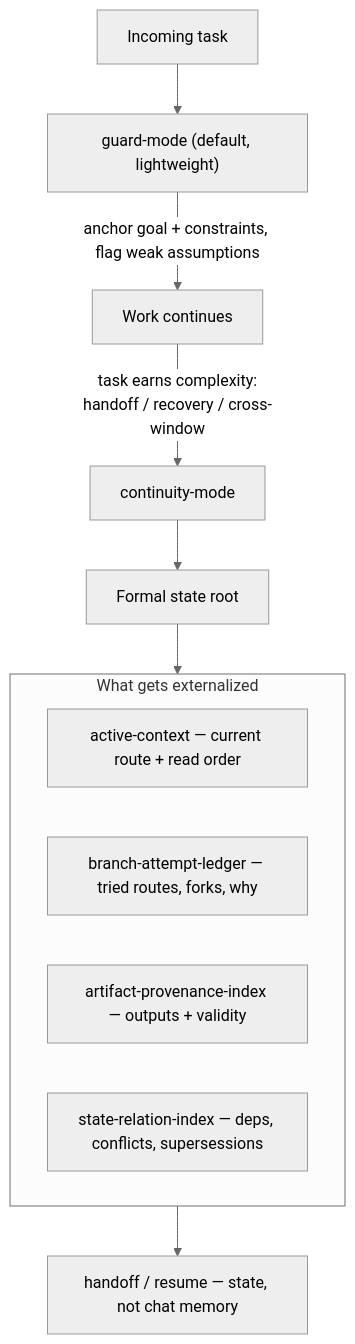
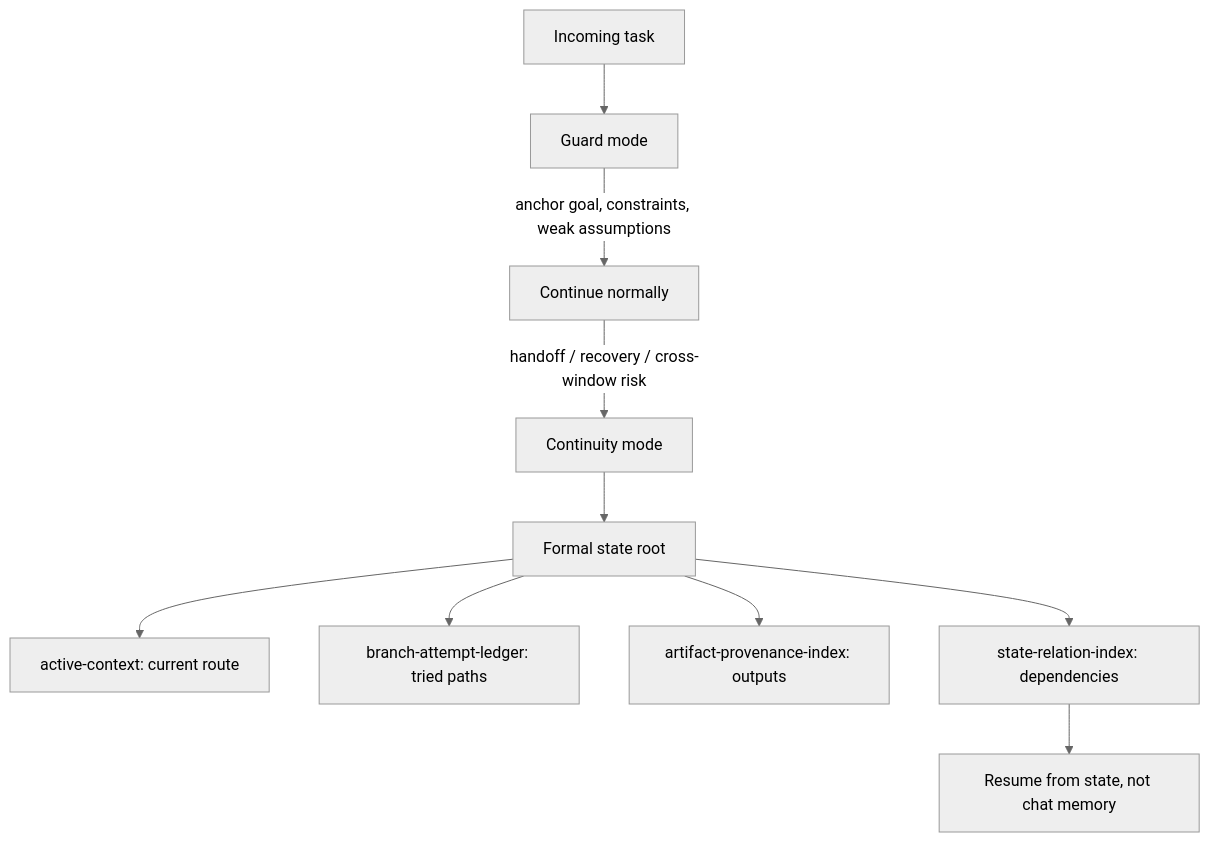
Before and after one commit to bagbag16/agent-continuity-harness: the diagram in README.md, drawn with Mermaid (neutral theme). The commit also changed other lines of this file, not shown here.

````diff
--- a/README.md
+++ b/README.md
@@ -17,15 +12,12 @@
 ```mermaid
 flowchart TD
-  T["Incoming task"] --> G["guard-mode (default, lightweight)"]
-  G -->|"anchor goal + constraints, flag weak assumptions"| W["Work continues"]
-  W -->|"task earns complexity:<br/>handoff / recovery / cross-window"| C["continuity-mode"]
+  T["Incoming task"] --> G["Guard mode"]
+  G -->|"anchor goal, constraints, weak assumptions"| W["Continue normally"]
+  W -->|"handoff / recovery / cross-window risk"| C["Continuity mode"]
   C --> S["Formal state root"]
-  subgraph S2 ["What gets externalized"]
-    AC["active-context — current route + read order"]
-    BL["branch-attempt-ledger — tried routes, forks, why"]
-    AI["artifact-provenance-index — outputs + validity"]
-    RI["state-relation-index — deps, conflicts, supersessions"]
-  end
-  S --> S2
-  S2 --> H["handoff / resume — state, not chat memory"]
+  S --> A["active-context: current route"]
+  S --> B["branch-attempt-ledger: tried paths"]
+  S --> P["artifact-provenance-index: outputs"]
+  S --> R["state-relation-index: dependencies"]
+  R --> H["Resume from state, not chat memory"]
 ```
````
